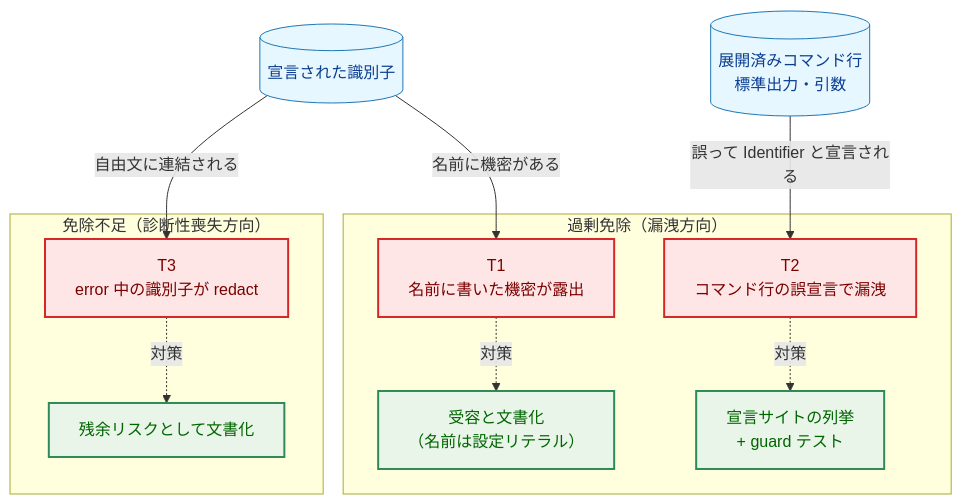
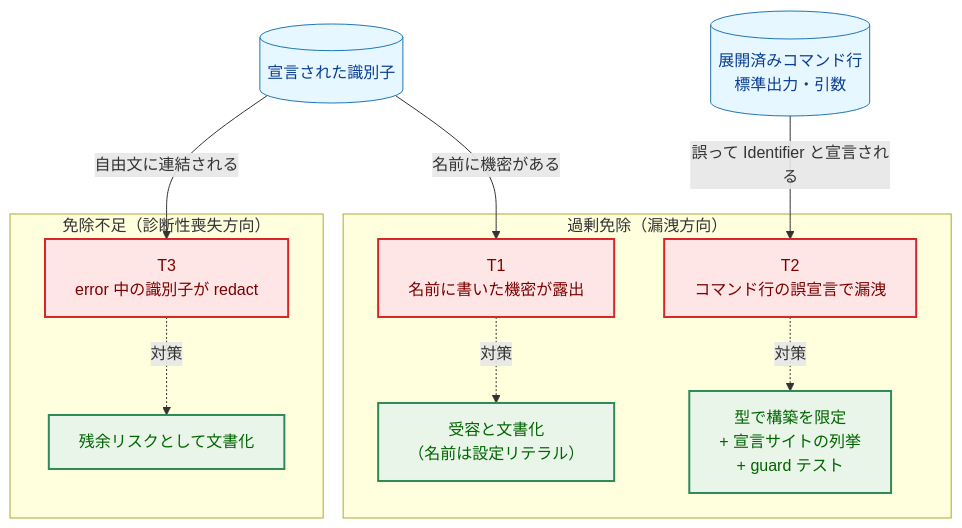
Before and after one commit to isseis/go-safe-cmd-runner: the seventh of 12 diagrams in docs/tasks/0173_identifier_redaction_exemption/02_architecture.md, drawn with Mermaid. The commit also changed other lines of this file and 2 other files, not shown here.

````diff
--- a/docs/tasks/0173_identifier_redaction_exemption/02_architecture.md
+++ b/docs/tasks/0173_identifier_redaction_exemption/02_architecture.md
@@ -468,32 +472,32 @@
 ```mermaid
 flowchart TD
     classDef data fill:#e6f7ff,stroke:#1f77b4,stroke-width:1px,color:#0b3d91;
     classDef enhanced fill:#e8f5e8,stroke:#2e8b57,stroke-width:2px,color:#006400;
     classDef problem fill:#ffe6e6,stroke:#d62728,stroke-width:2px,color:#7b0000;
 
     NAME[("宣言された識別子")]
     LINE[("展開済みコマンド行<br>標準出力・引数")]
 
     subgraph Leak["過剰免除（漏洩方向）"]
         T1["T1<br>名前に書いた機密が露出"]
         T2["T2<br>コマンド行の誤宣言で漏洩"]
         C1["受容と文書化<br>（名前は設定リテラル）"]
-        C2["宣言サイトの列挙<br>+ guard テスト"]
+        C2["型で構築を限定<br>+ 宣言サイトの列挙<br>+ guard テスト"]
     end
 
     subgraph Loss["免除不足（診断性喪失方向）"]
         T3["T3<br>error 中の識別子が redact"]
         C3["残余リスクとして文書化"]
     end
 
     NAME -->|"名前に機密がある"| T1
     NAME -->|"自由文に連結される"| T3
     LINE -->|"誤って Identifier と宣言される"| T2
     T1 -.->|"対策"| C1
     T2 -.->|"対策"| C2
     T3 -.->|"対策"| C3
 
     class NAME,LINE data
     class T1,T2,T3 problem
     class C1,C2,C3 enhanced
 ```
````
